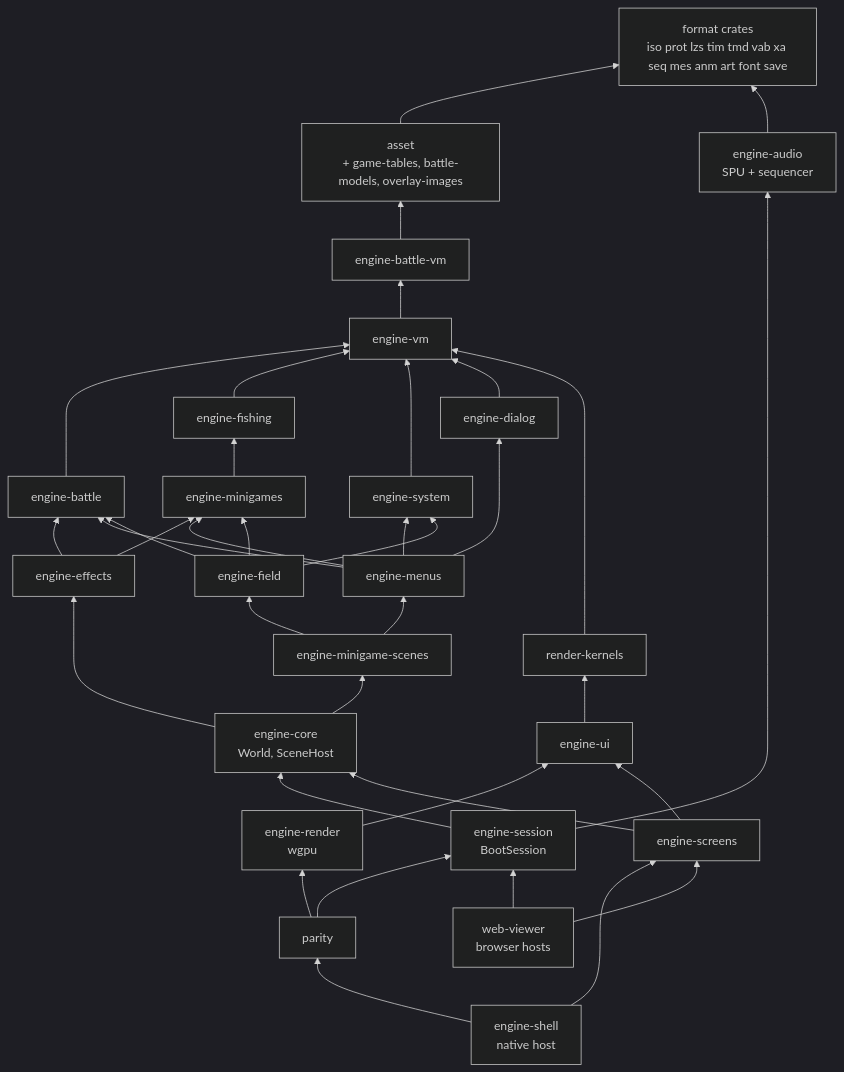
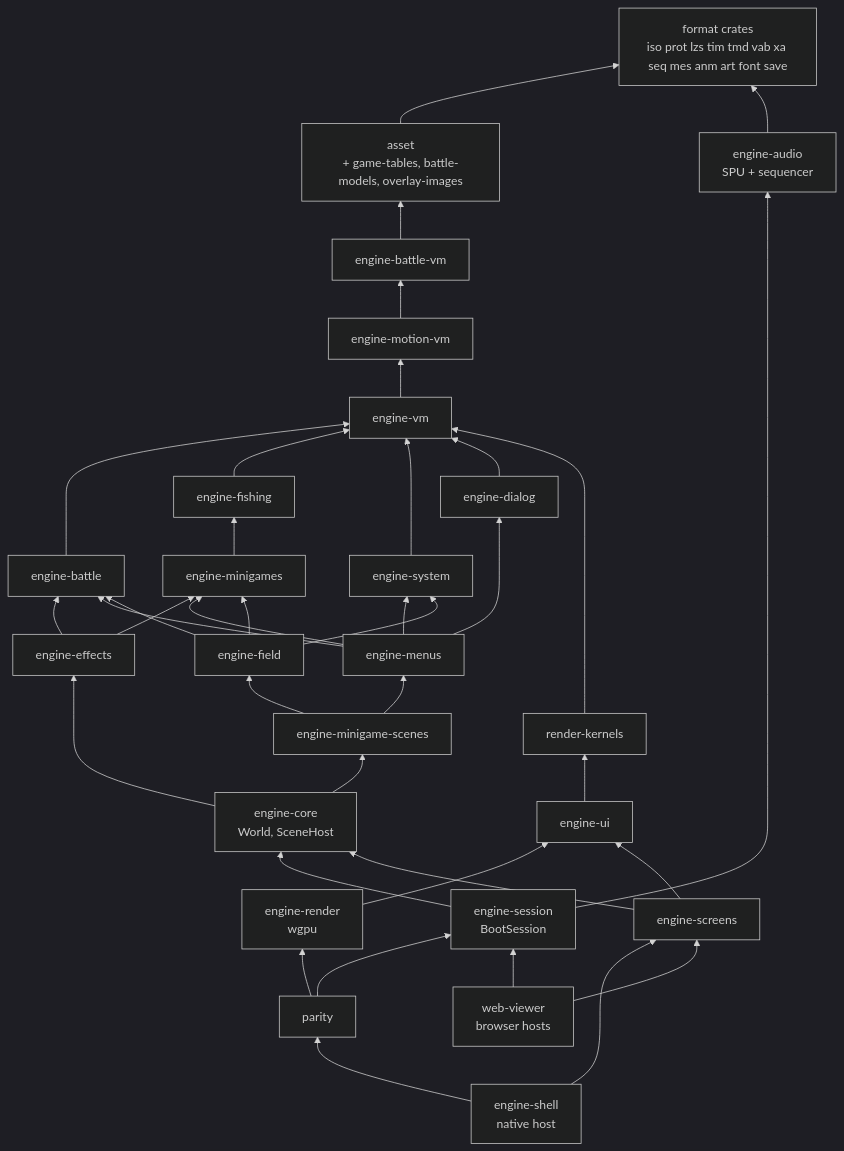
The first of 4 diagrams in docs/subsystems/engine.md (AndrewAltimit/legend-of-legaia-re), drawn with Mermaid (dark theme) before and after one commit. The commit also changed other lines of this file and 14 other files, not shown here.

````diff
--- a/docs/subsystems/engine.md
+++ b/docs/subsystems/engine.md
@@ -39,62 +39,64 @@
 ```mermaid
 flowchart BT
     FMT["format crates<br/>iso prot lzs tim tmd vab xa seq mes anm art font save"]
     ASSET["asset<br/>+ game-tables, battle-models, overlay-images"]
     EBV["engine-battle-vm"]
+    EMV["engine-motion-vm"]
     EVM["engine-vm"]
     EB["engine-battle"]
     EFISH["engine-fishing"]
     EMG["engine-minigames"]
     ESYS["engine-system"]
     EDLG["engine-dialog"]
     EFX["engine-effects"]
     EMENU["engine-menus"]
     EFIELD["engine-field"]
     EMGS["engine-minigame-scenes"]
     CORE["engine-core<br/>World, SceneHost"]
     RK["render-kernels"]
     EUI["engine-ui"]
     EREN["engine-render<br/>wgpu"]
     EAUD["engine-audio<br/>SPU + sequencer"]
     SESS["engine-session<br/>BootSession"]
     SCR["engine-screens"]
     PAR["parity"]
     SHELL["engine-shell<br/>native host"]
     WEB["web-viewer<br/>browser hosts"]
 
     ASSET --> FMT
     EBV --> ASSET
-    EVM --> EBV
+    EMV --> EBV
+    EVM --> EMV
     EB --> EVM
     EFISH --> EVM
     ESYS --> EVM
     EDLG --> EVM
     RK --> EVM
     EMG --> EFISH
     EFX --> EB
     EFX --> EMG
     EMENU --> EDLG
     EMENU --> ESYS
     EMENU --> EB
     EMENU --> EMG
     EFIELD --> ESYS
     EFIELD --> EB
     EFIELD --> EMG
     EMGS --> EMENU
     EMGS --> EFIELD
     CORE --> EFX
     CORE --> EMGS
     EUI --> RK
     EREN --> EUI
     EAUD --> FMT
     SESS --> CORE
     SESS --> EAUD
     SCR --> CORE
     SCR --> EUI
     PAR --> SESS
     PAR --> EREN
     SHELL --> PAR
     SHELL --> SCR
     WEB --> SESS
     WEB --> SCR
 ```
````
